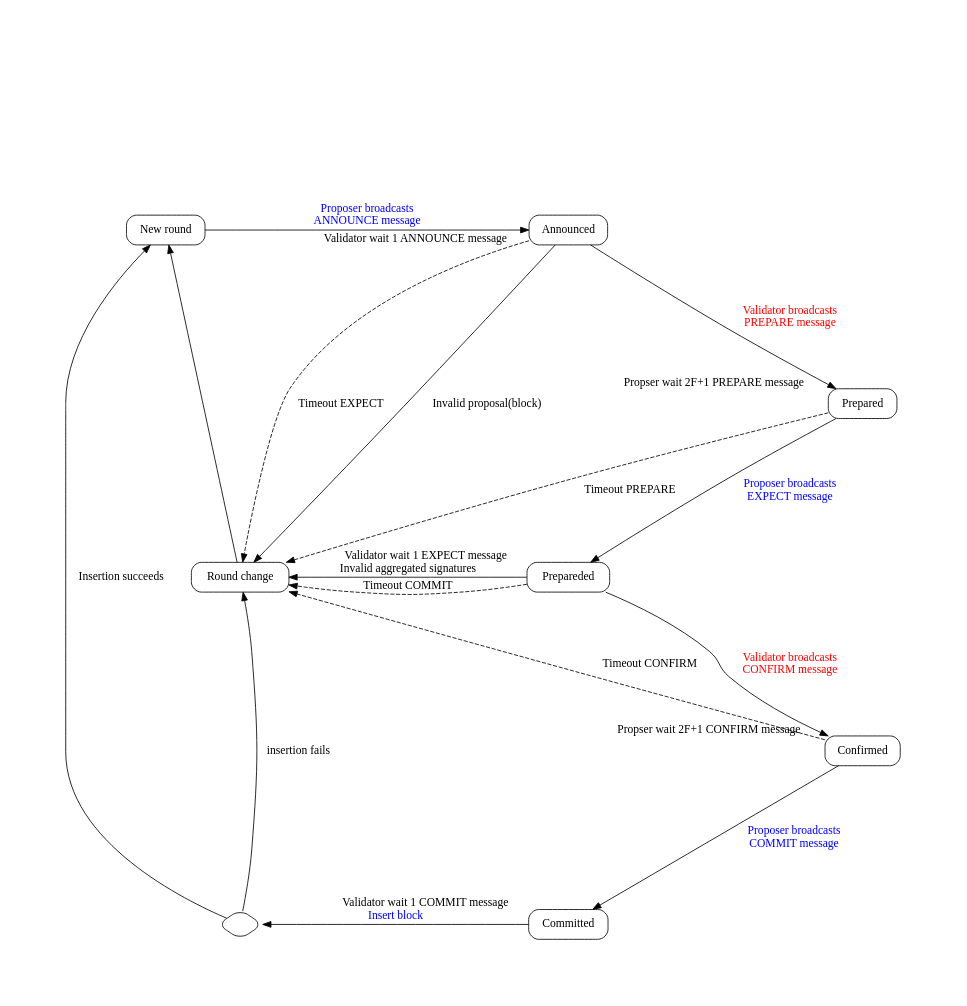
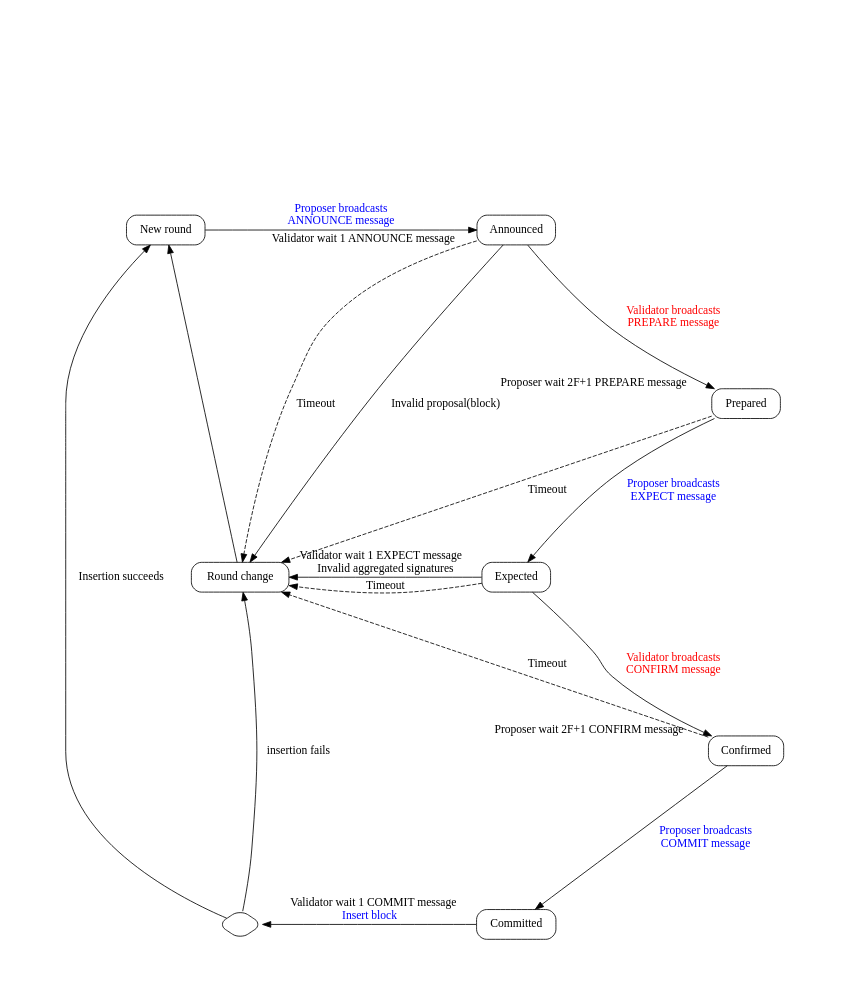
Before and after one commit to hyperion-hyn/go-ethereum: the diagram in consensus/atlas/fbft.dot, drawn with Graphviz. The commit also changed 1 other file, not shown here.

Commit message:
update label.

```diff
--- a/consensus/atlas/fbft.dot
+++ b/consensus/atlas/fbft.dot
@@ -1,84 +1,84 @@
 digraph fbft {
     // neato -Tsvg -o fbft.svg consensus/atlas/fbft.dot && open fbft.svg
 
     pad=1
     ranksep=2
     //nodesep=2
     node [style="rounded"]
     // splines=spline
 
 
 
     "New round" [shape="rectangle" style="rounded" ]
     "Announced" [shape="rectangle" style="rounded" xlabel="Validator wait 1 ANNOUNCE message" ]
     "Round change" [shape="rectangle" style="rounded"]
-    "Prepared" [shape="rectangle" style="rounded" xlabel="Propser wait 2F+1 PREPARE message"]
-    "Prepareded" [shape="rectangle" style="rounded" xlabel="Validator wait 1 EXPECT message" ]
-    "Confirmed" [shape="rectangle" style="rounded" xlabel="Propser wait 2F+1 CONFIRM message" ]
+    "Prepared" [shape="rectangle" style="rounded" xlabel="Proposer wait 2F+1 PREPARE message"]
+    "Expected" [shape="rectangle" style="rounded" xlabel="Validator wait 1 EXPECT message" ]
+    "Confirmed" [shape="rectangle" style="rounded" xlabel="Proposer wait 2F+1 CONFIRM message" ]
     "Committed" [shape="rectangle" style="rounded" xlabel="Validator wait 1 COMMIT message" ]
     "InsertBlock" [label="" shape="diamond" style="rounded" ]
 
 
     // normal
     "New round" -> "Announced" [fontcolor="blue" label="Proposer broadcasts\nANNOUNCE message" ]
     "Announced" -> "Prepared"  [fontcolor="red" label="Validator broadcasts\nPREPARE message" ]
-    "Prepared" -> "Prepareded"  [fontcolor="blue" label="Proposer broadcasts\nEXPECT message" ]
-    "Prepareded" -> "Confirmed"  [fontcolor="red" label="Validator broadcasts\nCONFIRM message" ]
+    "Prepared" -> "Expected"  [fontcolor="blue" label="Proposer broadcasts\nEXPECT message" ]
+    "Expected" -> "Confirmed"  [fontcolor="red" label="Validator broadcasts\nCONFIRM message" ]
     "Confirmed" -> "Committed"  [fontcolor="blue" label="Proposer broadcasts\nCOMMIT message" ]
     "Committed" -> "InsertBlock"  [fontcolor="blue" label="Insert block" ]
     "InsertBlock" -> "Round change" [label="insertion fails" ]
     "InsertBlock" -> "New round" [label="Insertion succeeds"]
 
     // round change
-    "Announced" -> "Round change" [label="Timeout EXPECT" style="dashed"]
+    "Announced" -> "Round change" [label="Timeout" style="dashed"]
     "Announced" -> "Round change" [label="Invalid proposal(block)" style="solid"]
 
-    "Prepared" -> "Round change" [label="Timeout PREPARE" style="dashed"]
+    "Prepared" -> "Round change" [label="Timeout" style="dashed"]
 
-    "Prepareded" -> "Round change" [label="Timeout COMMIT" style="dashed"]
-    "Prepareded" -> "Round change" [label="Invalid aggregated signatures" style="solid"]
+    "Expected" -> "Round change" [label="Timeout" style="dashed"]
+    "Expected" -> "Round change" [label="Invalid aggregated signatures" style="solid"]
 
-    "Confirmed" -> "Round change" [label="Timeout CONFIRM" style="dashed"]
+    "Confirmed" -> "Round change" [label="Timeout" style="dashed"]
 
     "Round change" -> "New round" [style="solid"]
 
     // group
 
     {
         node[style=invis]
         { rank=same; A[group=g1];B[group=g2];C[group=g3];D[group=g4] }
         A->B->C->D[style=invis]
     }
 
     {
         rank=same;
         "New round"[group=g1]; "Announced"[group=g3]
         "New round"->"Announced"[style=invis]
     }
     {
         rank=same;
         "Prepared"[group=g4];
     }
     {
         rank=same;
-        "Round change"[group=g2]; "Prepareded"[group=g3]
-        "Round change" -> "Prepareded"[style=invis]
+        "Round change"[group=g2]; "Expected"[group=g3]
+        "Round change" -> "Expected"[style=invis]
     }
     {
         rank=same;
         "Confirmed"[group=g4];
     }
     {
         rank=same;
         "Committed"[group=g3]; "InsertBlock"[group=g2];
         "InsertBlock" -> "Committed"[style=invis]
     }
 
     {
         edge[style=invis]
         A->"New round"
         B->"Round change"->"InsertBlock"[weight=100]
-        C->"Announced"->"Prepareded"->"Committed" [weight=100]
+        C->"Announced"->"Expected"->"Committed" [weight=100]
         D->"Prepared" -> "Confirmed" [weight=100]
     }
 }
```
